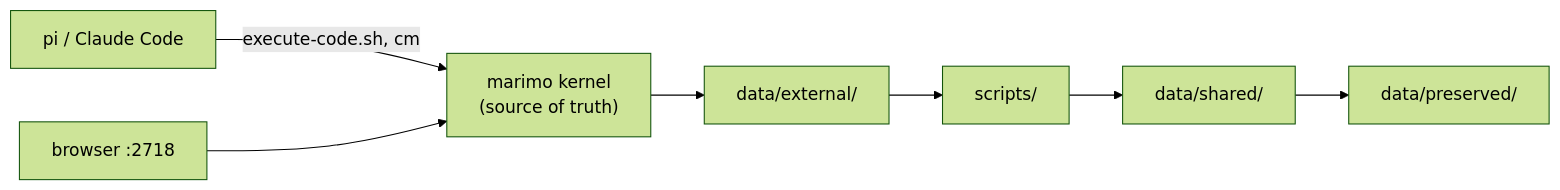
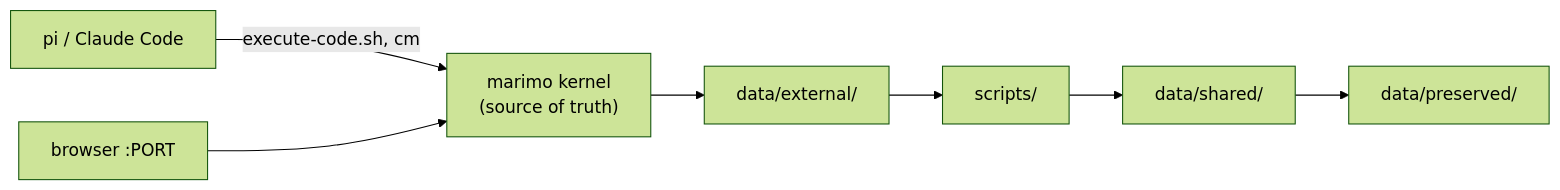
The diagram in petri/docs/architecture.md (mctp/petri), drawn with Mermaid (forest theme) before and after one commit. The commit also changed 6 other files, not shown here.

````diff
--- a/petri/docs/architecture.md
+++ b/petri/docs/architecture.md
@@ -57,6 +57,6 @@
 ```mermaid
 graph LR
     Agent["pi / Claude Code"] -->|"execute-code.sh, cm"| Kernel["marimo kernel<br/>(source of truth)"]
-    User["browser :2718"] --> Kernel
+    User["browser :PORT"] --> Kernel
     Kernel --> Ext["data/external/"] --> Proc["scripts/"] --> Shared["data/shared/"] --> Pres["data/preserved/"]
 ```
````
